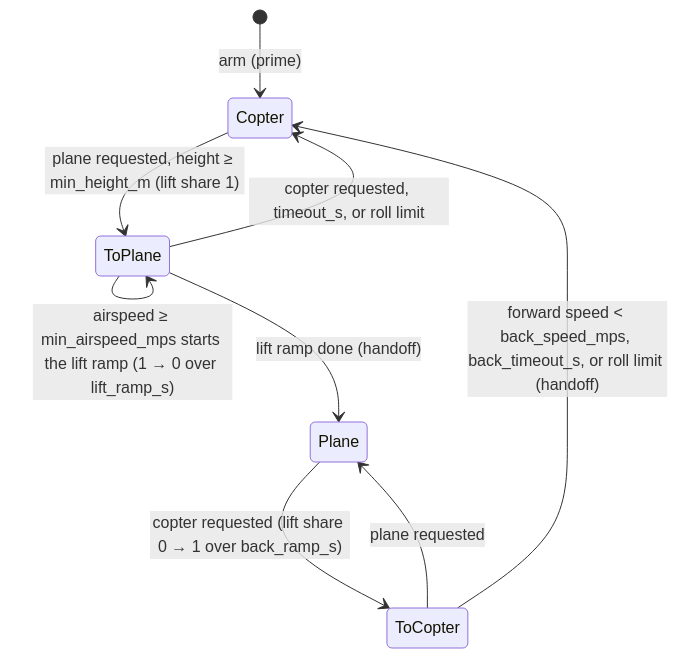
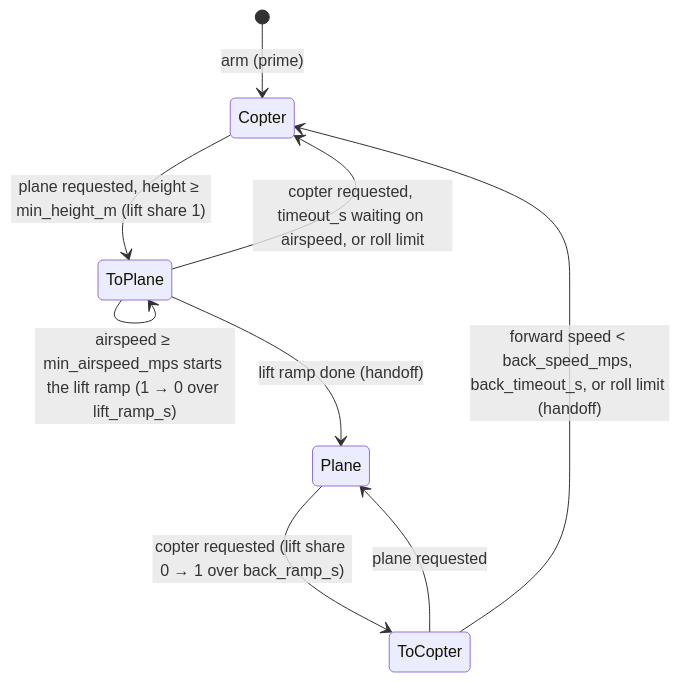
Before and after one commit to wboayue/stable-flight: the fourth of 5 diagrams in architecture.md, drawn with Mermaid. The commit also changed other lines of this file and 4 other files, not shown here.

````diff
--- a/architecture.md
+++ b/architecture.md
@@ -377,11 +379,11 @@
 ```mermaid
 stateDiagram-v2
     [*] --> Copter: arm (prime)
     Copter --> ToPlane: plane requested, height ≥ min_height_m (lift share 1)
     ToPlane --> ToPlane: airspeed ≥ min_airspeed_mps starts the lift ramp (1 → 0 over lift_ramp_s)
     ToPlane --> Plane: lift ramp done (handoff)
-    ToPlane --> Copter: copter requested, timeout_s, or roll limit
+    ToPlane --> Copter: copter requested, timeout_s waiting on airspeed, or roll limit
     Plane --> ToCopter: copter requested (lift share 0 → 1 over back_ramp_s)
     ToCopter --> Plane: plane requested
     ToCopter --> Copter: forward speed < back_speed_mps, back_timeout_s, or roll limit (handoff)
 ```
````
